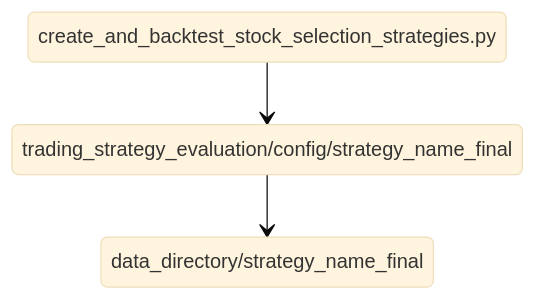
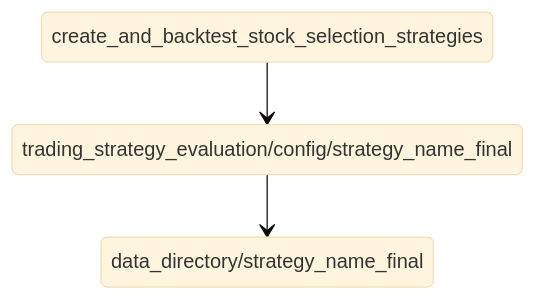
The first of 3 diagrams in README.md (nmaiorana/svi-trading-tools), drawn with Mermaid (base theme) before and after one commit. The commit also changed other lines of this file and 15 other files, not shown here.

````diff
--- a/README.md
+++ b/README.md
@@ -34,5 +34,5 @@
 ```mermaid
 stateDiagram-v2
-create_and_backtest_stock_selection_strategies.py --> trading_strategy_evaluation/config/strategy_name_final
+create_and_backtest_stock_selection_strategies --> trading_strategy_evaluation/config/strategy_name_final
 trading_strategy_evaluation/config/strategy_name_final --> data_directory/strategy_name_final
 ```
````
